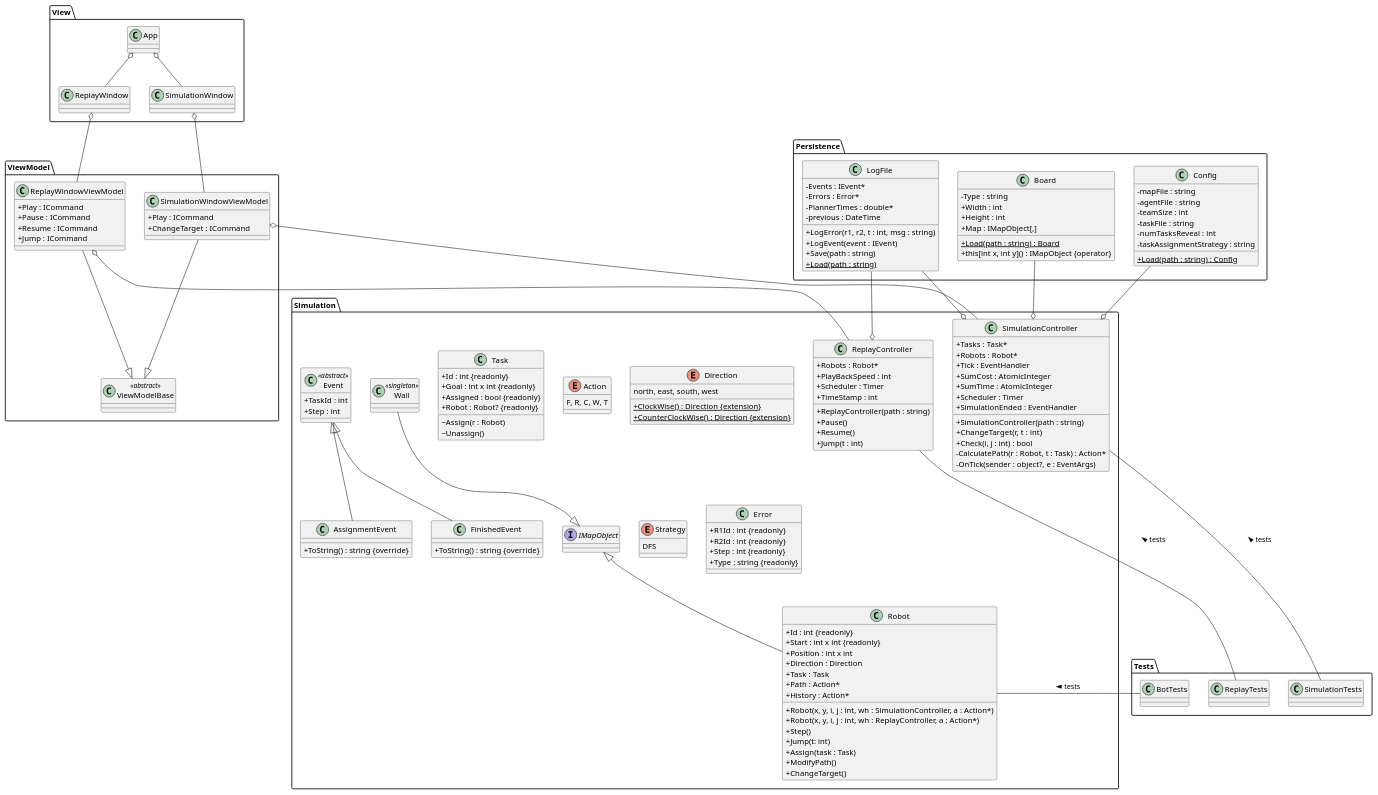
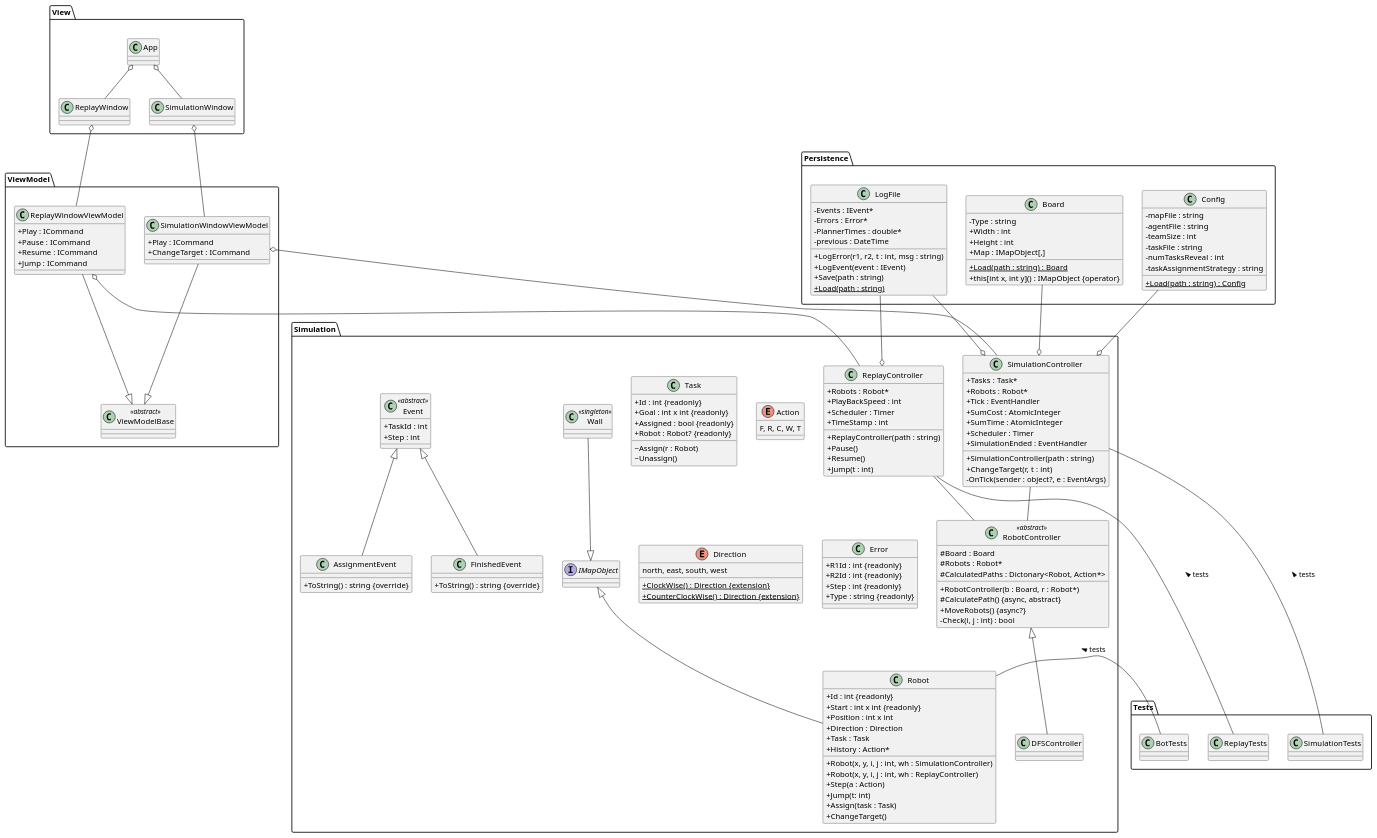
Before and after one commit to monkeysoop/csapat3: the diagram in uml/class.pu, drawn with PlantUML.

Commit message:
Fixing some stuff

```diff
--- a/uml/class.pu
+++ b/uml/class.pu
@@ -1,185 +1,194 @@
 @startuml ClassDiagram
 skinparam classAttributeIconSize 0
 
 
 package "View" {
     class App {}
     class SimulationWindow {}
     class ReplayWindow {}
 }
 
 package "ViewModel" {
     class ViewModelBase <<abstract>> {}
     class SimulationWindowViewModel {
         +Play : ICommand
         +ChangeTarget : ICommand
     }
     class ReplayWindowViewModel {
         +Play : ICommand
         +Pause : ICommand
         +Resume : ICommand
         +Jump : ICommand
     }
 }
 
 package "Persistence" {
     class Config {
         -mapFile : string
         -agentFile : string
         -teamSize : int
         -taskFile : string
         -numTasksReveal : int
         -taskAssignmentStrategy : string
         {static} +Load(path : string) : Config
     }
 
     class Board {
         -Type : string
         +Width : int
         +Height : int
         +Map : IMapObject[,]
         {static} +Load(path : string) : Board
         +this[int x, int y]() : IMapObject {operator}
     }
     
     class LogFile {
         -Events : IEvent*
         -Errors : Error*
         -PlannerTimes : double*
         -previous : DateTime
         +LogError(r1, r2, t : int, msg : string)
         +LogEvent(event : IEvent)
         +Save(path : string)
         {static} +Load(path : string)
     }
 }
 
 package "Simulation" {
     interface IMapObject {}
 
     class Wall <<singleton>> {}
 
+    class RobotController <<abstract>> {
+        #Board : Board
+        #Robots : Robot*
+        #CalculatedPaths : Dictonary<Robot, Action*>
+        +RobotController(b : Board, r : Robot*)
+        #CalculatePath() {async, abstract}
+        +MoveRobots() {async?}
+        -Check(i, j : int) : bool
+    }
+
+    class DFSController {}
+
     class Robot {
         +Id : int {readonly}
         +Start : int x int {readonly}
         +Position : int x int
         +Direction : Direction
         +Task : Task
-        +Path : Action*
         +History : Action*
-        +Robot(x, y, i, j : int, wh : SimulationController, a : Action*)
-        +Robot(x, y, i, j : int, wh : ReplayController, a : Action*)
-        +Step()
+        +Robot(x, y, i, j : int, wh : SimulationController)
+        +Robot(x, y, i, j : int, wh : ReplayController)
+        +Step(a : Action)
         +Jump(t: int)
         +Assign(task : Task)
-        +ModifyPath()
         +ChangeTarget()
     }
 
     class Task {
         +Id : int {readonly}
         +Goal : int x int {readonly}
         +Assigned : bool {readonly}
         +Robot : Robot? {readonly}
         ~Assign(r : Robot)
         ~Unassign()
     }
 
     class ReplayController {
         +Robots : Robot*
         +PlayBackSpeed : int
         +Scheduler : Timer
         +TimeStamp : int
         +ReplayController(path : string)
         +Pause()
         +Resume()
         +Jump(t : int)
     }
 
     class SimulationController {
         +Tasks : Task*
         +Robots : Robot*
         +Tick : EventHandler
         +SumCost : AtomicInteger
         +SumTime : AtomicInteger
         +Scheduler : Timer
         +SimulationEnded : EventHandler
         +SimulationController(path : string)
         +ChangeTarget(r, t : int)
-        +Check(i, j : int) : bool
-        -CalculatePath(r : Robot, t : Task) : Action*
         -OnTick(sender : object?, e : EventArgs)
     }
 
     enum Action {
         F, R, C, W, T
     }
 
     enum Direction {
         north, east, south, west
 
         {static}+ClockWise() : Direction {extension}
         {static}+CounterClockWise() : Direction {extension}
-    }
-
-    enum Strategy {
-        DFS
     }
 
     class Event <<abstract>> {
         +TaskId : int
         +Step : int
     }
     
     class AssignmentEvent {
         +ToString() : string {override}
     }
 
     class FinishedEvent {
         +ToString() : string {override}
     }
 
     class Error {
         +R1Id : int {readonly}
         +R2Id : int {readonly}
         +Step : int {readonly}
         +Type : string {readonly}
     }
 }
 
 
 package "Tests" {
     class SimulationTests {}
     class ReplayTests {}
     class BotTests {}
 }
 
 App o-- SimulationWindow
 App o-- ReplayWindow
 
 ViewModelBase <|-up- SimulationWindowViewModel
 ViewModelBase <|-up- ReplayWindowViewModel
 
 SimulationWindow o-- SimulationWindowViewModel
 ReplayWindow o-- ReplayWindowViewModel
 
 SimulationWindowViewModel o-down- SimulationController
 ReplayWindowViewModel o-down- ReplayController
 
 SimulationController -right- SimulationTests : tests <
 ReplayController -right- ReplayTests : tests <
 Robot -right- BotTests : tests <
 
 SimulationController o-up- Config
 SimulationController o-up- Board
 SimulationController o-up- LogFile
 
 ReplayController o-up- LogFile
 
 IMapObject <|-up- Wall
 IMapObject <|-- Robot
 
 Event <|-down- AssignmentEvent
 Event <|-down- FinishedEvent
 
+RobotController <|-down- DFSController
+
+SimulationController -- RobotController
+ReplayController -- RobotController
+
 @enduml
```
